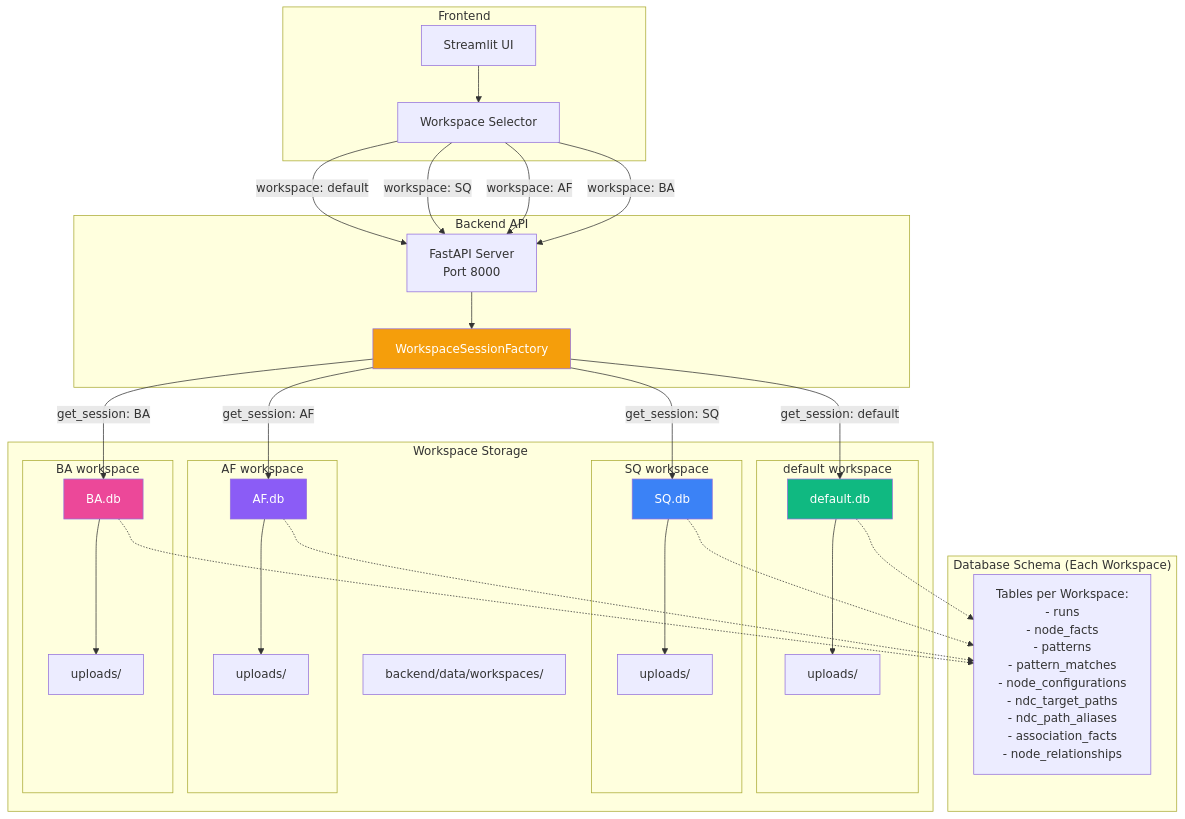
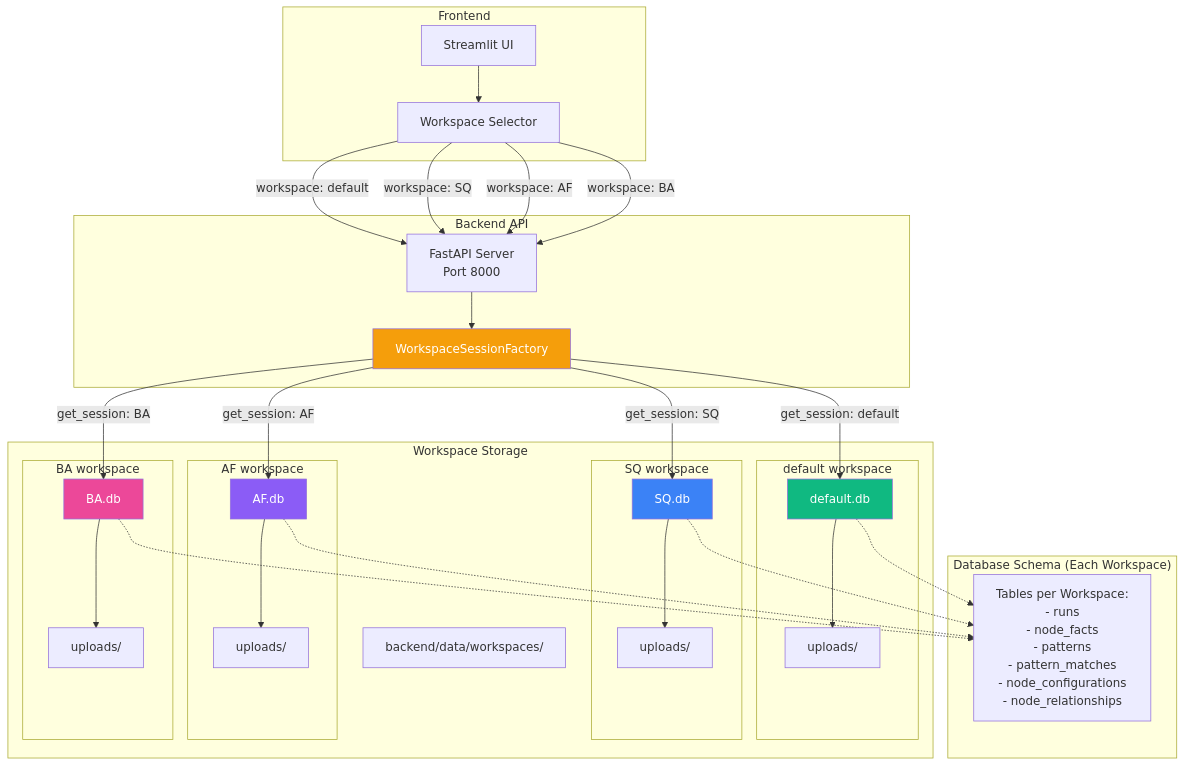
One commit to nikhil-codes-hub/ad_revamped changed diagram 13 of 14 in docs/System_Diagrams.md. Above: the diagram before and after it, drawn with Mermaid. The commit also changed other lines of this file and 1 other file, not shown here.

First line of the commit message:
Update system diagrams to reflect current database schema

````diff
--- a/docs/System_Diagrams.md
+++ b/docs/System_Diagrams.md
@@ -1167,69 +1072,69 @@
 ```mermaid
 flowchart TB
     subgraph "Frontend"
         UI[Streamlit UI]
         WSSelector[Workspace Selector]
     end
 
     subgraph "Backend API"
         FastAPI[FastAPI Server<br/>Port 8000]
         WSFactory[WorkspaceSessionFactory]
     end
 
     subgraph "Workspace Storage"
         DataDir["backend/data/workspaces/"]
 
         subgraph "default workspace"
             Default[default.db]
             DefaultUploads["uploads/"]
         end
 
         subgraph "SQ workspace"
             SQ[SQ.db]
             SQUploads["uploads/"]
         end
 
         subgraph "AF workspace"
             AF[AF.db]
             AFUploads["uploads/"]
         end
 
         subgraph "BA workspace"
             BA[BA.db]
             BAUploads["uploads/"]
         end
     end
 
     subgraph "Database Schema (Each Workspace)"
-        Tables[Tables per Workspace:<br/>- runs<br/>- node_facts<br/>- patterns<br/>- pattern_matches<br/>- node_configurations<br/>- ndc_target_paths<br/>- ndc_path_aliases<br/>- association_facts<br/>- node_relationships]
+        Tables[Tables per Workspace:<br/>- runs<br/>- node_facts<br/>- patterns<br/>- pattern_matches<br/>- node_configurations<br/>- node_relationships]
     end
 
     UI --> WSSelector
     WSSelector -->|workspace: default| FastAPI
     WSSelector -->|workspace: SQ| FastAPI
     WSSelector -->|workspace: AF| FastAPI
     WSSelector -->|workspace: BA| FastAPI
 
     FastAPI --> WSFactory
 
     WSFactory -->|get_session: default| Default
     WSFactory -->|get_session: SQ| SQ
     WSFactory -->|get_session: AF| AF
     WSFactory -->|get_session: BA| BA
 
     Default -.-> Tables
     SQ -.-> Tables
     AF -.-> Tables
     BA -.-> Tables
 
     Default --> DefaultUploads
     SQ --> SQUploads
     AF --> AFUploads
     BA --> BAUploads
 
     style WSFactory fill:#f59e0b,color:#fff
     style Default fill:#10b981,color:#fff
     style SQ fill:#3b82f6,color:#fff
     style AF fill:#8b5cf6,color:#fff
     style BA fill:#ec4899,color:#fff
 ```
````
